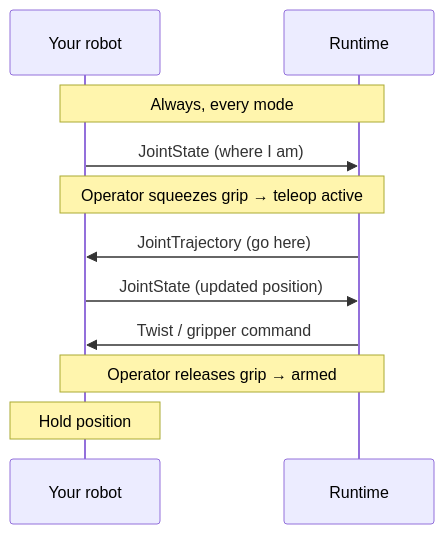
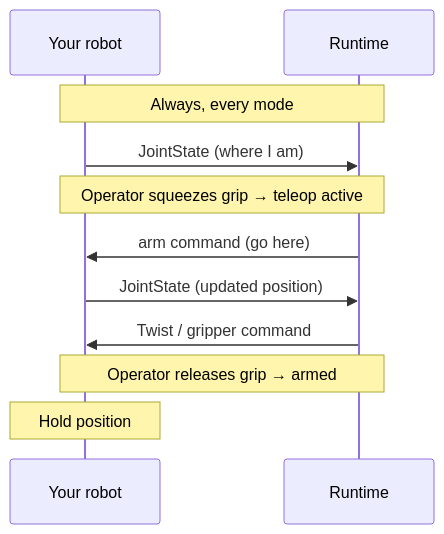
One commit to avearobotics/docs changed the second of 2 diagrams in integration/robot-adapter.mdx. Above: the diagram before and after it, drawn with Mermaid. The commit also changed other lines of this file and 1 other file, not shown here.

````diff
--- a/integration/robot-adapter.mdx
+++ b/integration/robot-adapter.mdx
@@ -170,13 +200,13 @@
 ```mermaid
 sequenceDiagram
     participant Y as Your robot
     participant R as Runtime
     Note over Y,R: Always, every mode
     Y->>R: JointState (where I am)
     Note over Y,R: Operator squeezes grip → teleop active
-    R->>Y: JointTrajectory (go here)
+    R->>Y: arm command (go here)
     Y->>R: JointState (updated position)
     R->>Y: Twist / gripper command
     Note over Y,R: Operator releases grip → armed
     Note over Y: Hold position
 ```
````
